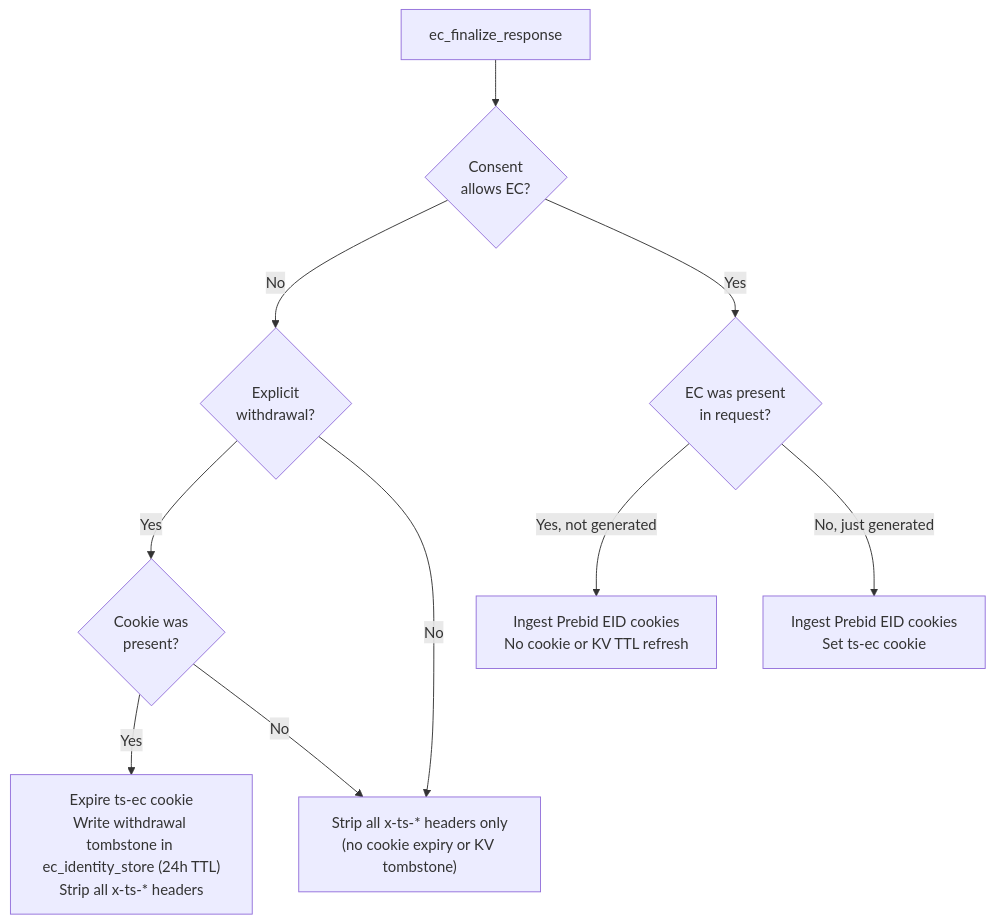
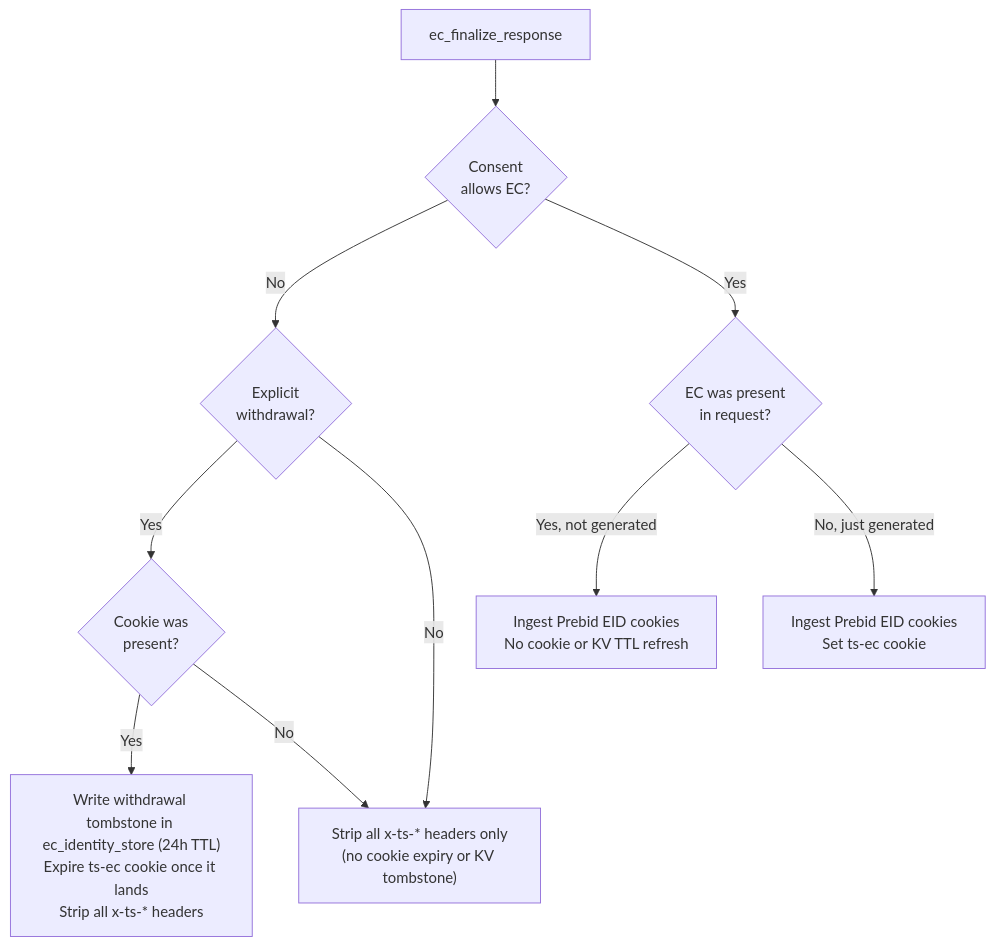
One commit to IABTechLab/trusted-server changed the second of 6 diagrams in docs/guide/edge-cookies.md. Above: the diagram before and after it, drawn with Mermaid. The commit also changed other lines of this file and 3 other files, not shown here.

First line of the commit message:
Document the vendor gate scope, deploy-time rejection and withdrawal cookie timing

````diff
--- a/docs/guide/edge-cookies.md
+++ b/docs/guide/edge-cookies.md
@@ -75,14 +75,14 @@
 ```mermaid
 flowchart TD
     Start[ec_finalize_response] --> ConsentCheck{Consent<br/>allows EC?}
 
     ConsentCheck -- "No" --> ExplicitWithdrawal{Explicit<br/>withdrawal?}
     ExplicitWithdrawal -- "Yes" --> CookiePresent{Cookie was<br/>present?}
-    CookiePresent -- "Yes" --> Withdraw["Expire ts-ec cookie<br/>Write withdrawal tombstone in ec_identity_store (24h TTL)<br/>Strip all x-ts-* headers"]
+    CookiePresent -- "Yes" --> Withdraw["Write withdrawal tombstone in ec_identity_store (24h TTL)<br/>Expire ts-ec cookie once it lands<br/>Strip all x-ts-* headers"]
     CookiePresent -- "No" --> HeaderOnly["Strip all x-ts-* headers only<br/>(no cookie expiry or KV tombstone)"]
     ExplicitWithdrawal -- "No" --> HeaderOnly
 
     ConsentCheck -- "Yes" --> WasPresent{EC was present<br/>in request?}
     WasPresent -- "Yes, not generated" --> Returning["Ingest Prebid EID cookies<br/>No cookie or KV TTL refresh"]
     WasPresent -- "No, just generated" --> NewEc["Ingest Prebid EID cookies<br/>Set ts-ec cookie"]
 ```
````
